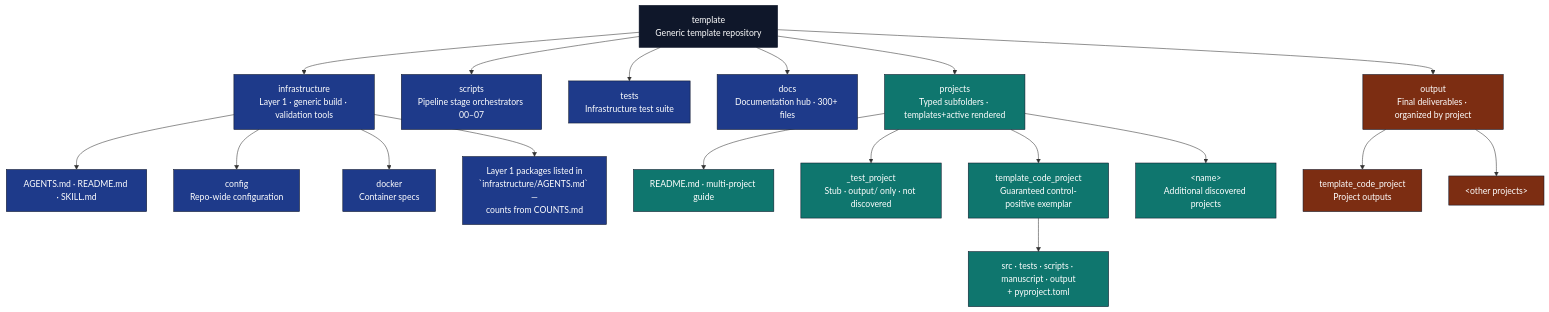
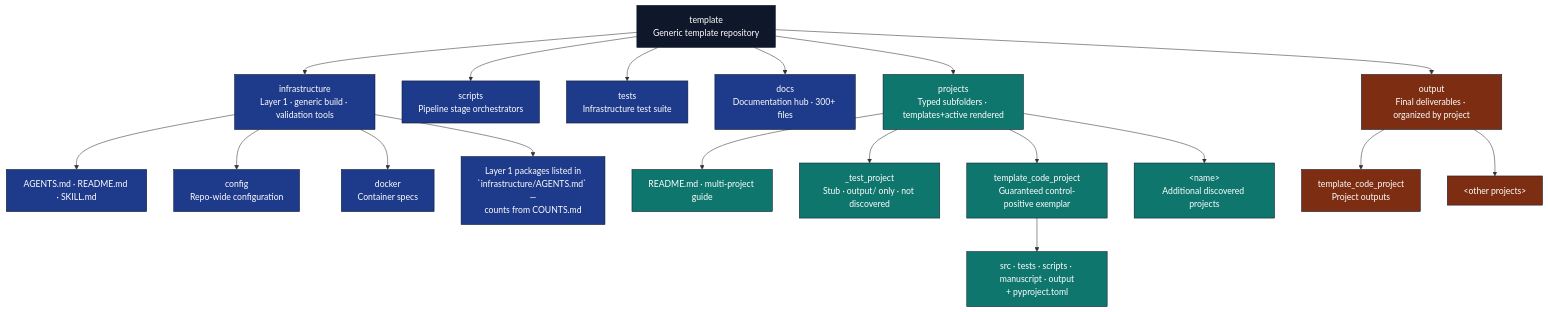
One commit to docxology/template changed the first of 4 diagrams in AGENTS.md. Above: the diagram before and after it, drawn with Mermaid. The commit also changed other lines of this file and 12 other files, not shown here.

````diff
--- a/AGENTS.md
+++ b/AGENTS.md
@@ -237,35 +237,35 @@
 ```mermaid
 flowchart TB
     ROOT[template<br/>Generic template repository]
 
     ROOT --> INFRA[infrastructure<br/>Layer 1 · generic build · validation tools]
-    ROOT --> SCRIPTS[scripts<br/>Pipeline stage orchestrators 00–07]
+    ROOT --> SCRIPTS[scripts<br/>Pipeline stage orchestrators]
     ROOT --> TESTS[tests<br/>Infrastructure test suite]
     ROOT --> DOCS[docs<br/>Documentation hub · 300+ files]
     ROOT --> PROJECTS[projects<br/>Typed subfolders · templates+active rendered]
     ROOT --> OUT[output<br/>Final deliverables · organized by project]
 
     INFRA --> I_DOCS[AGENTS.md · README.md · SKILL.md]
     INFRA --> I_CONFIG[config<br/>Repo-wide configuration]
     INFRA --> I_DOCKER[docker<br/>Container specs]
     INFRA --> I_SUB[Layer 1 packages listed in<br/>`infrastructure/AGENTS.md` —<br/>counts from COUNTS.md]
 
     PROJECTS --> P_README[README.md · multi-project guide]
     PROJECTS --> P_STUB[_test_project<br/>Stub · output/ only · not discovered]
     PROJECTS --> P_CODE[template_code_project<br/>Guaranteed control-positive exemplar]
     PROJECTS --> P_OTHER[&lt;name&gt;<br/>Additional discovered projects]
 
     P_CODE --> P_C_SRC[src · tests · scripts · manuscript · output<br/>+ pyproject.toml]
 
     OUT --> O_CODE[template_code_project<br/>Project outputs]
     OUT --> O_DOTS[&lt;other projects&gt;]
 
     classDef root fill:#0f172a,stroke:#0f172a,color:#fff
     classDef l1 fill:#1e3a8a,stroke:#0f172a,color:#fff
     classDef l2 fill:#0f766e,stroke:#0f172a,color:#fff
     classDef gen fill:#7c2d12,stroke:#0f172a,color:#fff
     class ROOT root
     class INFRA,SCRIPTS,TESTS,DOCS,I_CONFIG,I_DOCKER,I_SUB,I_DOCS l1
     class PROJECTS,P_CODE,P_OTHER,P_STUB,P_README,P_C_SRC l2
     class WIP,ARCH,OUT,O_CODE,O_DOTS gen
 ```
````
